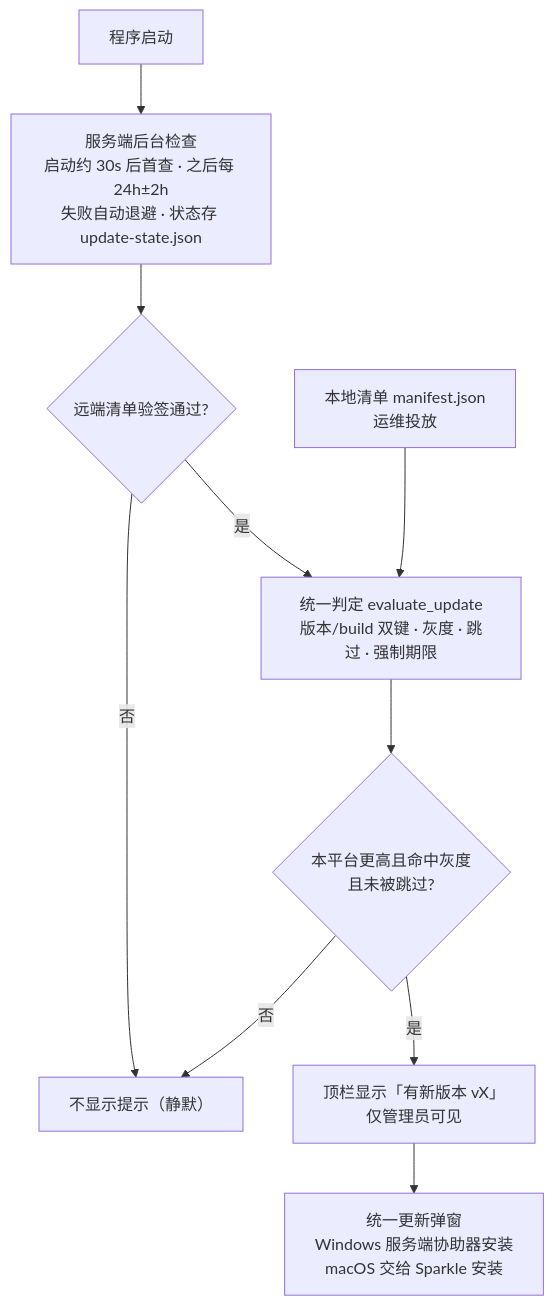
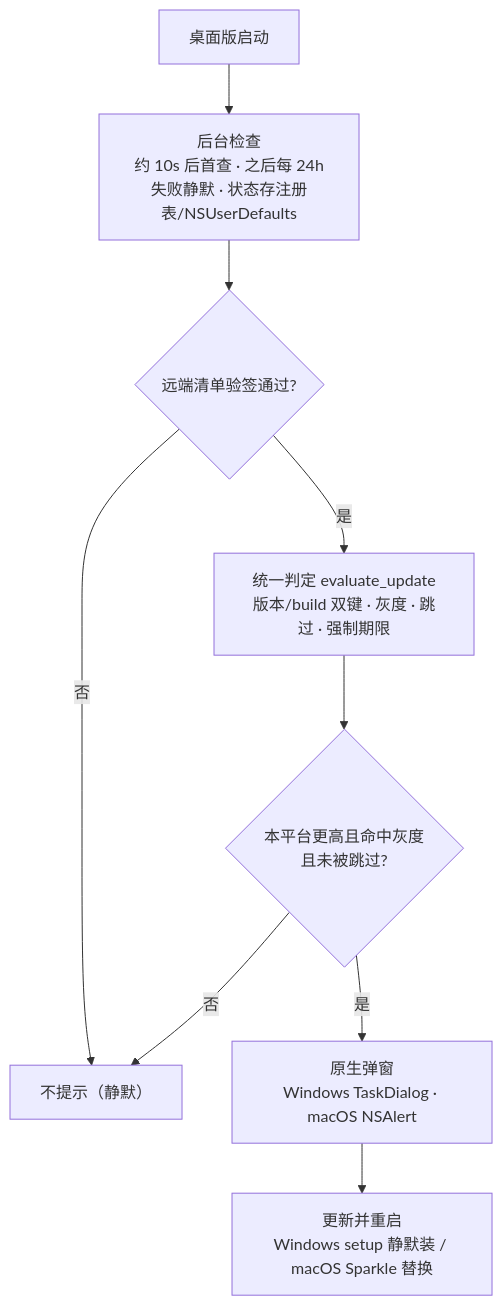
One commit to LinYuwei82/dev_card_cpp changed the sixth of 6 diagrams in docs/用户手册/用户手册.md. Above: the diagram before and after it, drawn with Mermaid. The commit also changed other lines of this file and 36 other files, not shown here.

````diff
--- a/docs/用户手册/用户手册.md
+++ b/docs/用户手册/用户手册.md
@@ -765,12 +764,11 @@
 ```mermaid
 flowchart TD
-    A[程序启动] --> B[服务端后台检查<br/>启动约 30s 后首查 · 之后每 24h±2h<br/>失败自动退避 · 状态存 update-state.json]
+    A[桌面版启动] --> B[后台检查<br/>约 10s 后首查 · 之后每 24h<br/>失败静默 · 状态存注册表/NSUserDefaults]
     B --> C{远端清单验签通过?}
-    C -- 否 --> G[不显示提示（静默）]
+    C -- 否 --> G[不提示（静默）]
     C -- 是 --> D[统一判定 evaluate_update<br/>版本/build 双键 · 灰度 · 跳过 · 强制期限]
-    F[本地清单 manifest.json<br/>运维投放] --> D
     D --> H{本平台更高且命中灰度<br/>且未被跳过?}
     H -- 否 --> G
-    H -- 是 --> I[顶栏显示「有新版本 vX」<br/>仅管理员可见]
-    I --> J[统一更新弹窗<br/>Windows 服务端协助器安装<br/>macOS 交给 Sparkle 安装]
+    H -- 是 --> I[原生弹窗<br/>Windows TaskDialog · macOS NSAlert]
+    I --> J[更新并重启<br/>Windows setup 静默装 / macOS Sparkle 替换]
 ```
````
